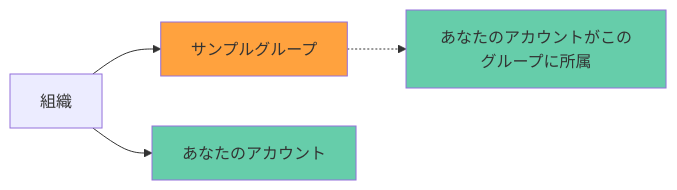
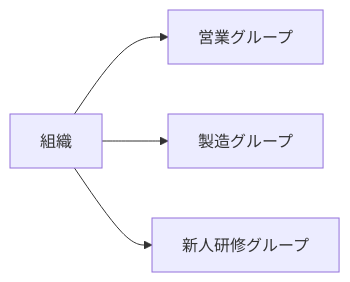
The diagram in content/org/_index.md (sndbox-llc/hugo_nipo_plus), drawn with Mermaid before and after one commit. The commit also changed other lines of this file and 27 other files, not shown here.

```diff
--- a/content/org/_index.md
+++ b/content/org/_index.md
@@ -22,8 +25,8 @@
 {{<mermaid align="center">}}
 graph LR;
   classDef class2 fill:#ffa23e
   classDef class1 fill:#66cdaa
-  組織 --> サンプルグループ
-  サンプルグループ:::class2 .-> あなたのアカウントがこのグループに所属:::class1
-  組織 --> あなたのアカウント:::class1
+  組織 --> 営業グループ
+  組織 --> 製造グループ
+  組織 --> 新人研修グループ
 {{< /mermaid >}}
```
